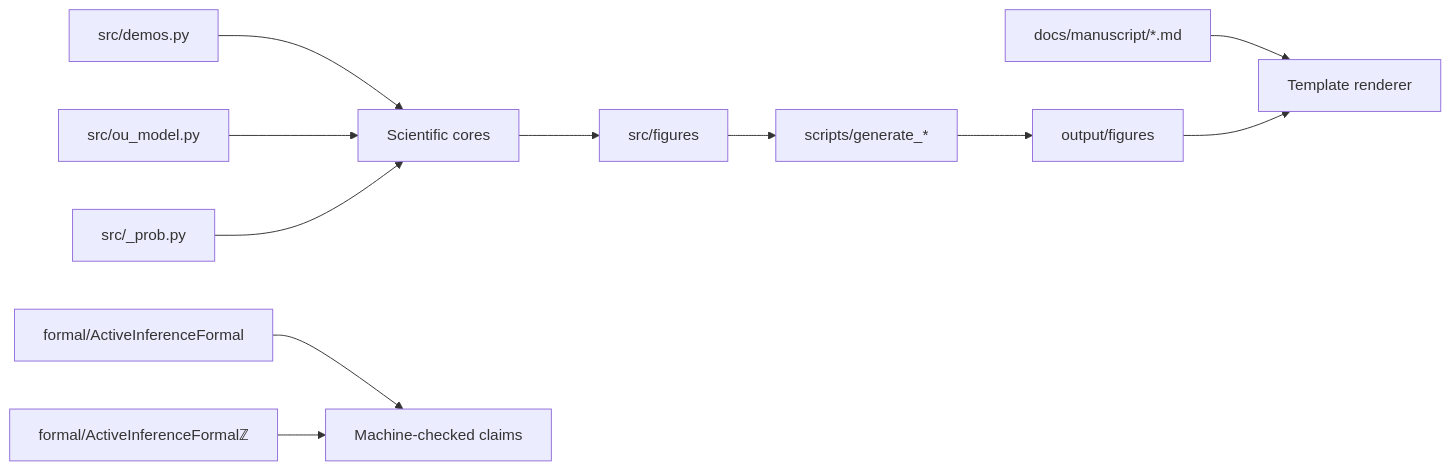
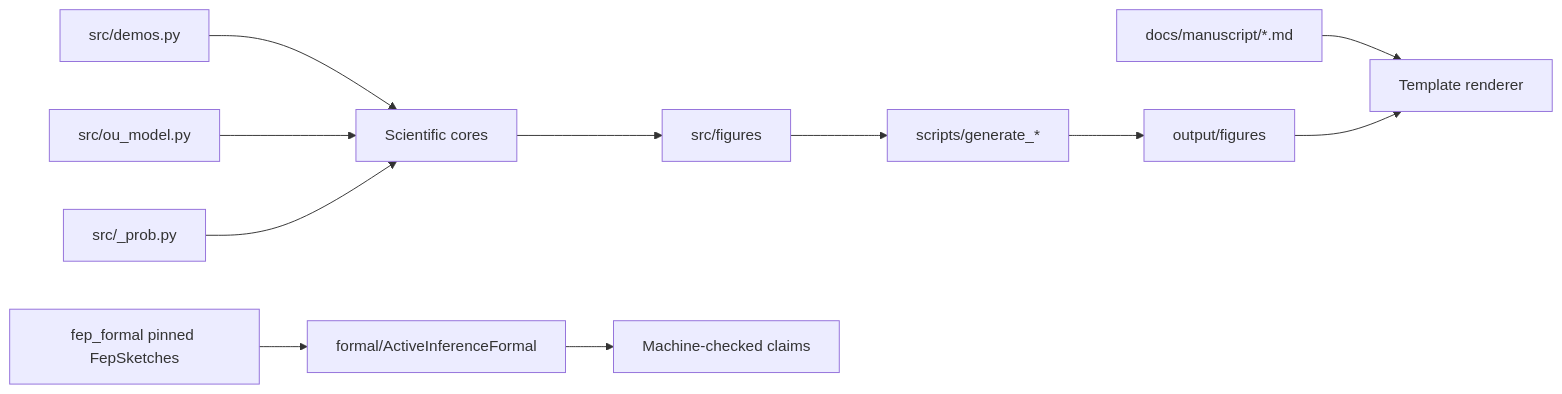
Before and after one commit to docxology/ActiveInferenceSynthetic: the diagram in docs/architecture.md, drawn with Mermaid. The commit also changed other lines of this file and 160 other files, not shown here.

````diff
--- a/docs/architecture.md
+++ b/docs/architecture.md
@@ -3,13 +3,13 @@
 ```mermaid
 flowchart LR
     Demos[src/demos.py] --> Cores[Scientific cores]
     OU[src/ou_model.py] --> Cores
     Prob[src/_prob.py] --> Cores
     Cores --> Figures[src/figures]
     Figures --> Scripts[scripts/generate_*]
     Scripts --> Output[output/figures]
     Manuscript[docs/manuscript/*.md] --> Renderer[Template renderer]
     Output --> Renderer
     LeanR[formal/ActiveInferenceFormal] --> Proofs[Machine-checked claims]
-    LeanZ["formal/ActiveInferenceFormalℤ"] --> Proofs
+    Upstream[fep_formal pinned FepSketches] --> LeanR
 ```
````
